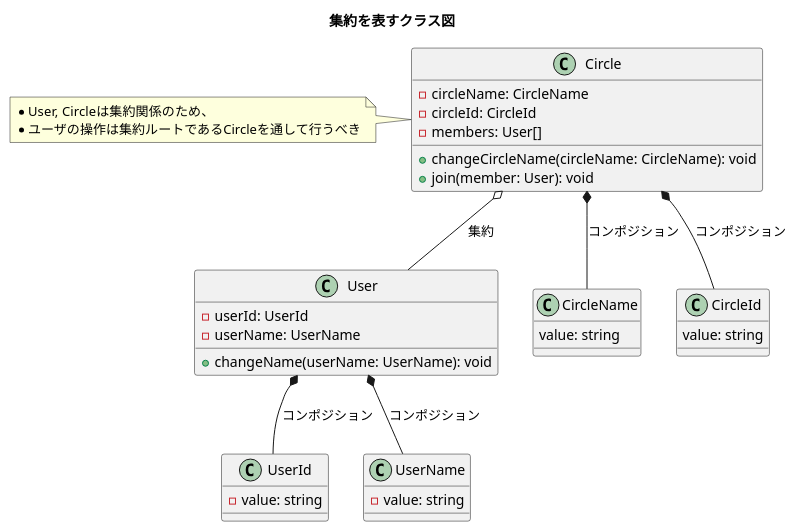
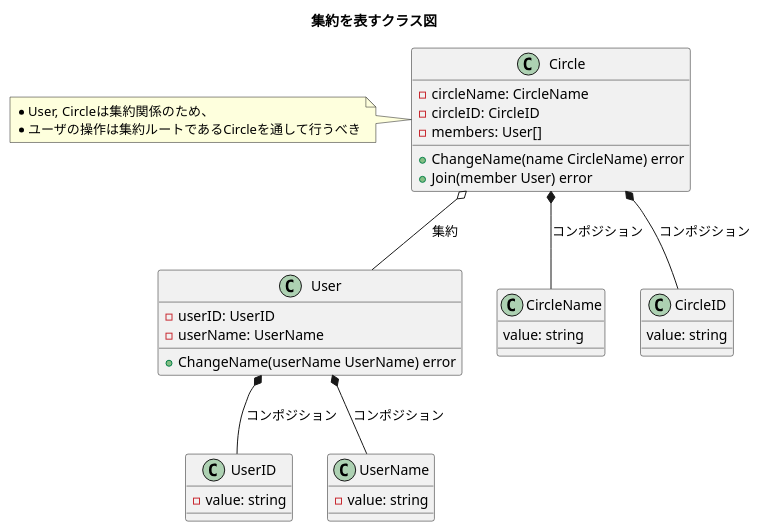
Before and after one commit to Yuki-TU/ddd: the diagram in diagrams/ch12-aggregate-circle.puml, drawn with PlantUML. The commit also changed 40 other files, not shown here.

Commit message:
サンプルと図を Go の慣習に揃え、DDD の説明コメントを残す。

```diff
--- a/diagrams/ch12-aggregate-circle.puml
+++ b/diagrams/ch12-aggregate-circle.puml
@@ -1,45 +1,45 @@
 @startuml
 title 集約を表すクラス図
 
 class User {
-  - userId: UserId
+  - userID: UserID
   - userName: UserName
-  + changeName(userName: UserName): void
+  + ChangeName(userName UserName) error
 }
 
-class UserId {
+class UserID {
   - value: string
 }
 ' note bottom
 ' 集約境界内オブジェクト
 ' endnote
 
 class UserName {
   - value: string
 }
 class Circle {
   - circleName: CircleName
-  - circleId: CircleId
+  - circleID: CircleID
   - members: User[]
-  + changeCircleName(circleName: CircleName): void
-  + join(member: User): void
+  + ChangeName(name CircleName) error
+  + Join(member User) error
 }
 
 note left
 * User, Circleは集約関係のため、
 * ユーザの操作は集約ルートであるCircleを通して行うべき
 endnote
 
 class CircleName {
   value: string
 }
-class CircleId {
+class CircleID {
   value: string
 }
 
-User *-- UserId: コンポジション
+User *-- UserID: コンポジション
 User *-- UserName: コンポジション
-Circle *-- CircleId: コンポジション
+Circle *-- CircleID: コンポジション
 Circle *-- CircleName: コンポジション
 Circle o-- User: 集約
 @enduml
```
